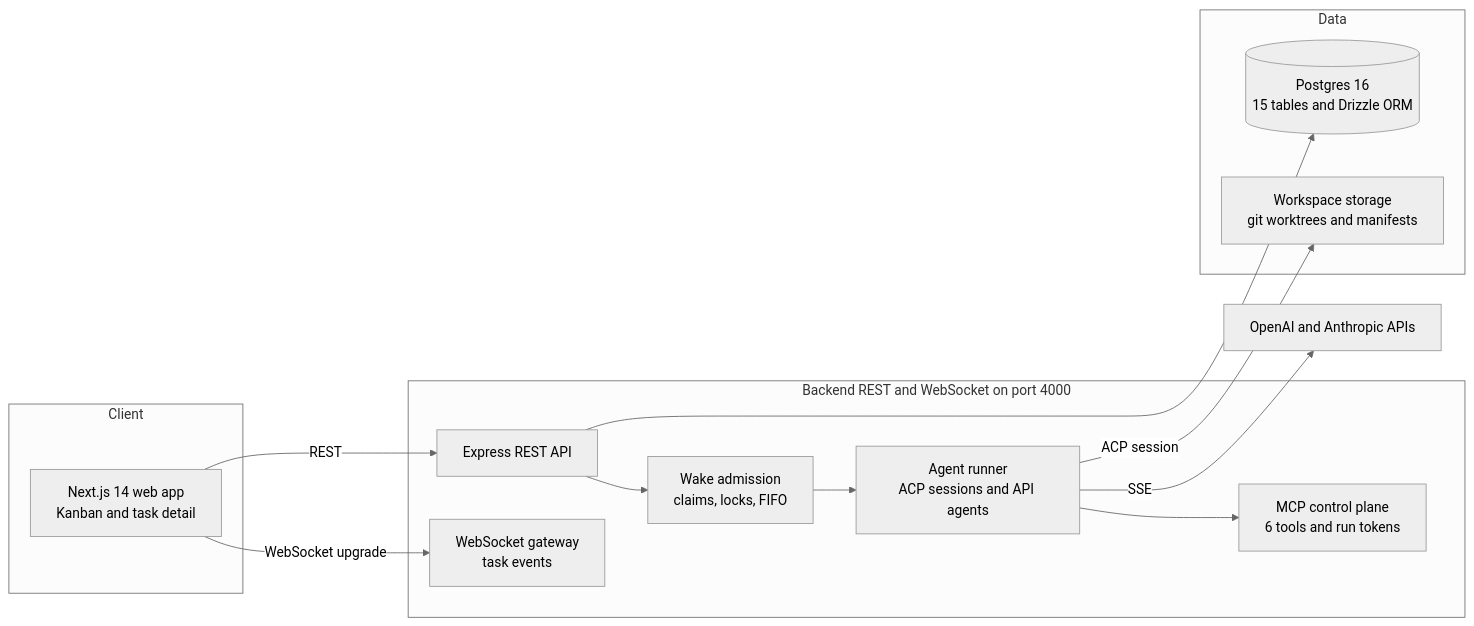
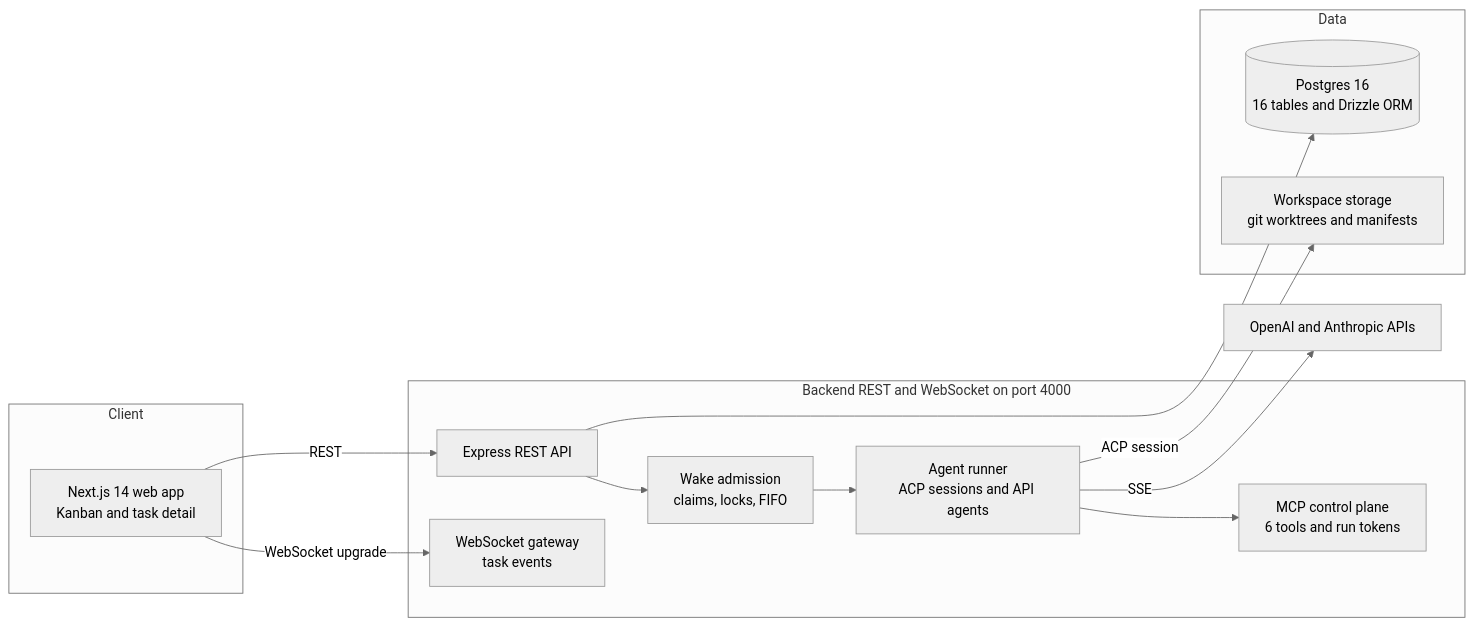
Before and after one commit to jeremychenczm/loxo: the diagram in README.md, drawn with Mermaid (neutral theme). The commit also changed other lines of this file and 1 other file, not shown here.

````diff
--- a/README.md
+++ b/README.md
@@ -81,26 +98,26 @@
 ```mermaid
 flowchart LR
     subgraph Client
         FE[Next.js 14 web app<br/>Kanban and task detail]
     end
     subgraph Server[Backend REST and WebSocket on port 4000]
         API[Express REST API]
         WS[WebSocket gateway<br/>task events]
         WAKE[Wake admission<br/>claims, locks, FIFO]
         MCP[MCP control plane<br/>6 tools and run tokens]
         RUNNER[Agent runner<br/>ACP sessions and API agents]
     end
     subgraph Data
-        PG[(Postgres 16<br/>15 tables and Drizzle ORM)]
+        PG[(Postgres 16<br/>16 tables and Drizzle ORM)]
         FS[Workspace storage<br/>git worktrees and manifests]
     end
     LLM[OpenAI and Anthropic APIs]
 
     FE -->|REST| API
     FE -->|WebSocket upgrade| WS
     API --> WAKE --> RUNNER
     RUNNER --> MCP
     RUNNER -->|ACP session| FS
     RUNNER -->|SSE| LLM
     API --> PG
 ```
````
